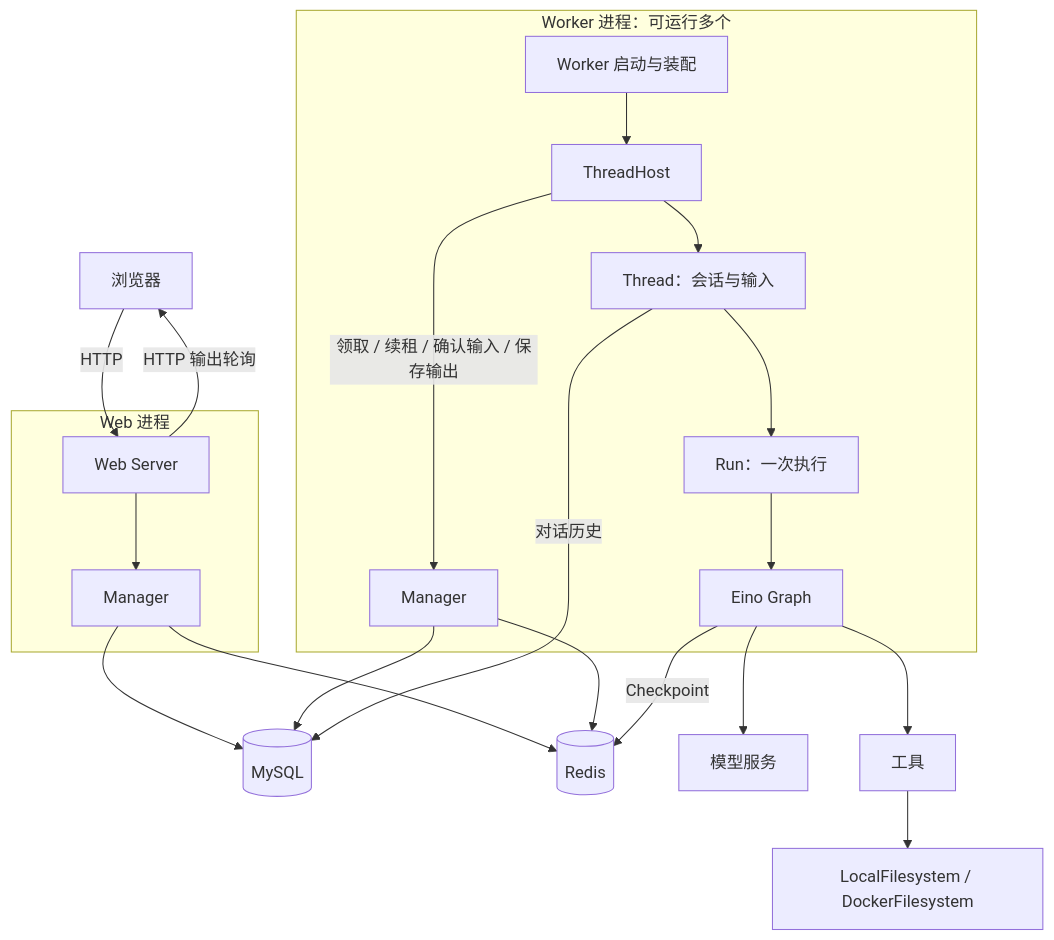
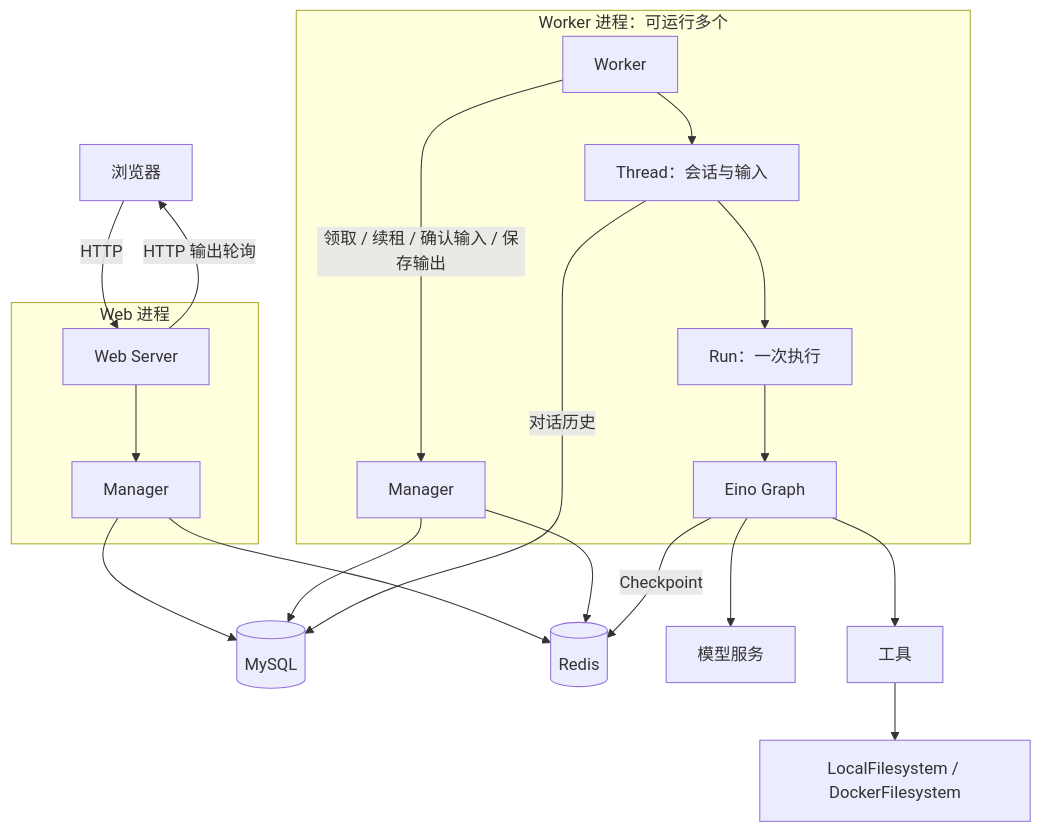
The first of 2 diagrams in docs/development.md (doinglaundry/deepagent), drawn with Mermaid before and after one commit. The commit also changed other lines of this file and 25 other files, not shown here.

Commit message:
refactor: replace ThreadHost with Worker and refresh web docs

````diff
--- a/docs/development.md
+++ b/docs/development.md
@@ -9,27 +9,27 @@
 ```mermaid
 flowchart TB
     Browser[浏览器] -->|HTTP| Web
     Web -->|HTTP 输出轮询| Browser
 
     subgraph WebProcess[Web 进程]
         Web[Web Server] --> WM[Manager]
     end
 
     subgraph WorkerProcess[Worker 进程：可运行多个]
-        Worker[Worker 启动与装配] --> Host[ThreadHost]
-        Host -->|领取 / 续租 / 确认输入 / 保存输出| RM[Manager]
-        Host --> Thread[Thread：会话与输入]
+        Worker[Worker]
+        Worker -->|领取 / 续租 / 确认输入 / 保存输出| RM[Manager]
+        Worker --> Thread[Thread：会话与输入]
         Thread --> Run[Run：一次执行]
         Run --> Graph[Eino Graph]
     end
 
     WM --> MySQL[(MySQL)]
     WM --> Redis[(Redis)]
     RM --> MySQL
     RM --> Redis
     Thread -->|对话历史| MySQL
     Graph -->|Checkpoint| Redis
     Graph --> Model[模型服务]
     Graph --> Tools[工具]
     Tools --> FS[LocalFilesystem / DockerFilesystem]
 ```
````
